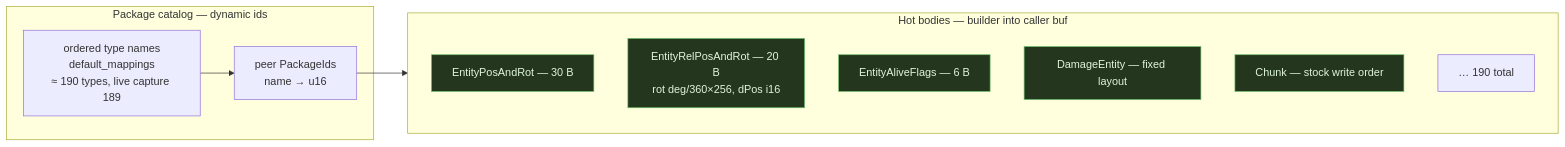
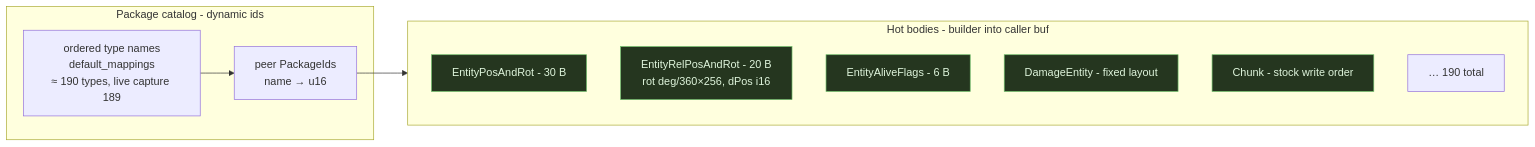
One commit to hordeforge/zdtd-server changed the sixth of 19 diagrams in docs/ARCHITECTURE.md. Above: the diagram before and after it, drawn with Mermaid. The commit also changed other lines of this file and 118 other files, not shown here.

````diff
--- a/docs/ARCHITECTURE.md
+++ b/docs/ARCHITECTURE.md
@@ -288,20 +288,20 @@
 ```mermaid
 flowchart LR
-    subgraph catalog["Package catalog — dynamic ids"]
+    subgraph catalog["Package catalog - dynamic ids"]
         NAMES["ordered type names<br/>default_mappings<br/>≈ 190 types, live capture 189"]
         MAP["peer PackageIds<br/>name → u16"]
         NAMES --> MAP
     end
-    subgraph hot["Hot bodies — builder into caller buf"]
-        POS["EntityPosAndRot — 30 B"]
-        REL["EntityRelPosAndRot — 20 B<br/>rot deg/360×256, dPos i16"]
-        FLAG["EntityAliveFlags — 6 B"]
-        DMG["DamageEntity — fixed layout"]
-        CHUNK["Chunk — stock write order"]
+    subgraph hot["Hot bodies - builder into caller buf"]
+        POS["EntityPosAndRot - 30 B"]
+        REL["EntityRelPosAndRot - 20 B<br/>rot deg/360×256, dPos i16"]
+        FLAG["EntityAliveFlags - 6 B"]
+        DMG["DamageEntity - fixed layout"]
+        CHUNK["Chunk - stock write order"]
         OTHER["… 190 total"]
     end
     MAP --> hot
 
     classDef single fill:#25361f,stroke:#6fbf6a,color:#dff5dc
     class POS,REL,FLAG,DMG,CHUNK single
 ```
````
